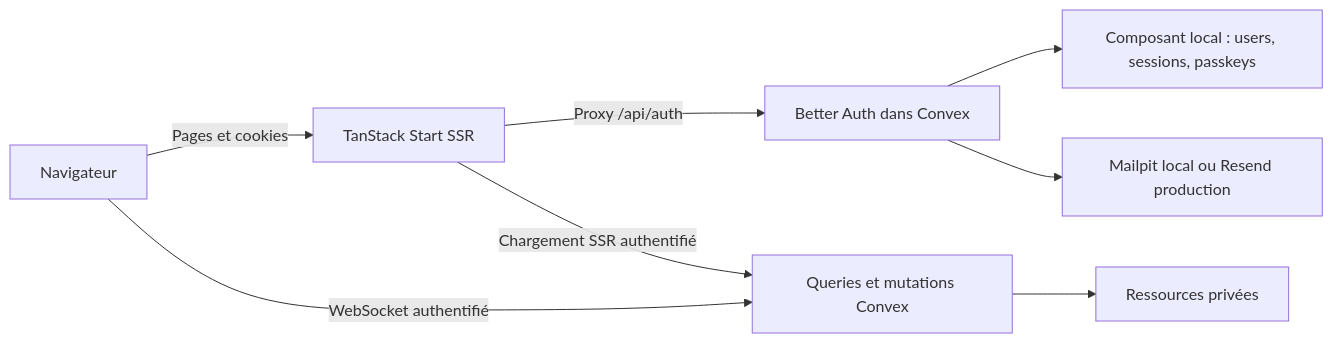
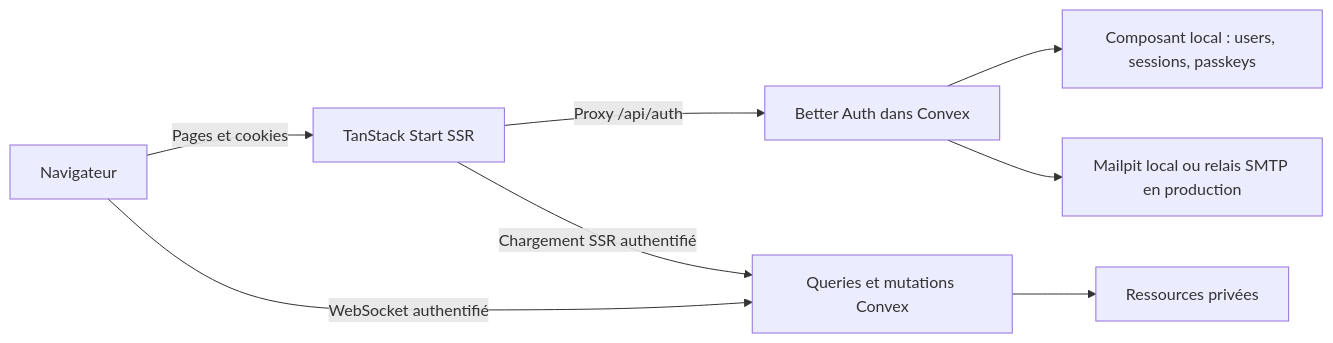
Before and after one commit to HalTorns/Holysheet-GmScreen: the diagram in docs/architecture.md, drawn with Mermaid. The commit also changed 21 other files, not shown here.

````diff
--- a/docs/architecture.md
+++ b/docs/architecture.md
@@ -5,10 +5,10 @@
 ```mermaid
 flowchart LR
   Browser[Navigateur] -->|Pages et cookies| Start[TanStack Start SSR]
   Start -->|Proxy /api/auth| Auth[Better Auth dans Convex]
   Start -->|Chargement SSR authentifié| Convex[Queries et mutations Convex]
   Browser -->|WebSocket authentifié| Convex
   Auth --> Sessions[Composant local : users, sessions, passkeys]
   Convex --> Resources[Ressources privées]
-  Auth --> Email[Mailpit local ou Resend production]
+  Auth --> Email[Mailpit local ou relais SMTP en production]
 ```
````
